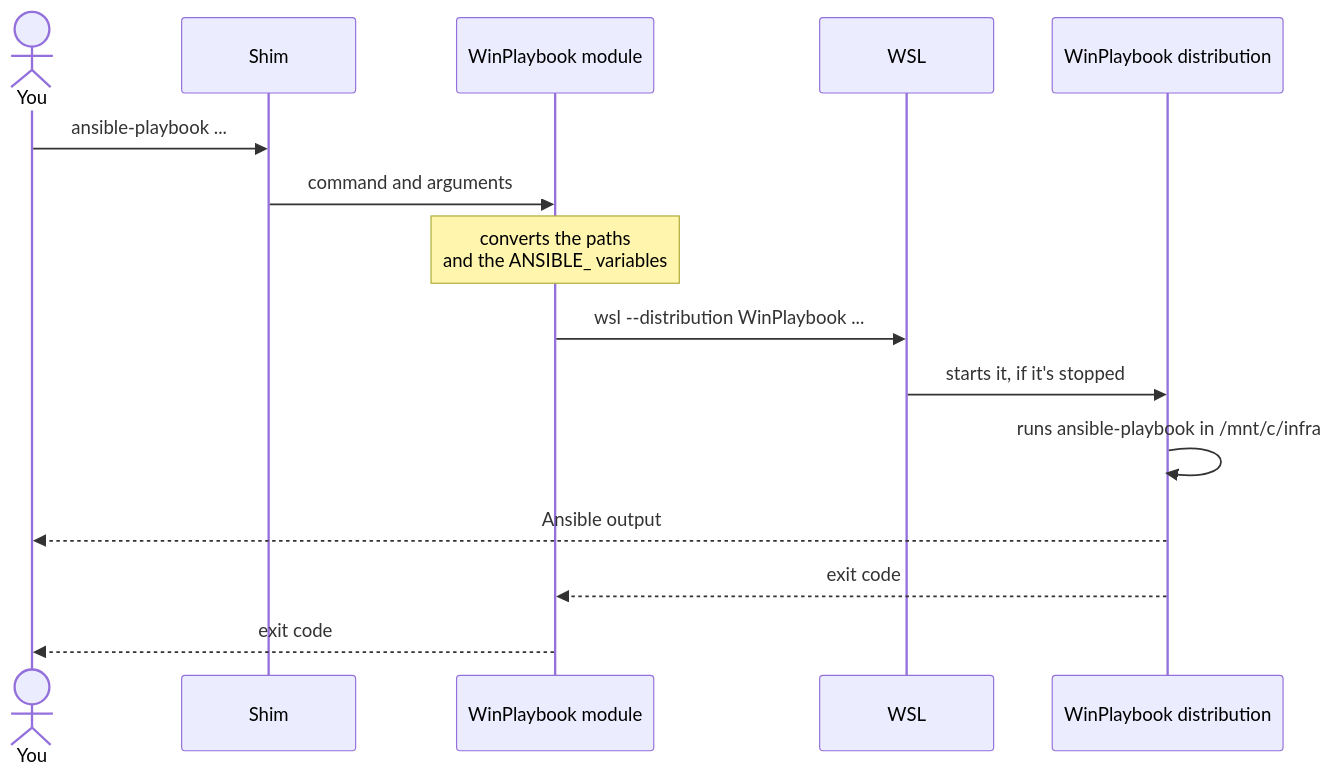
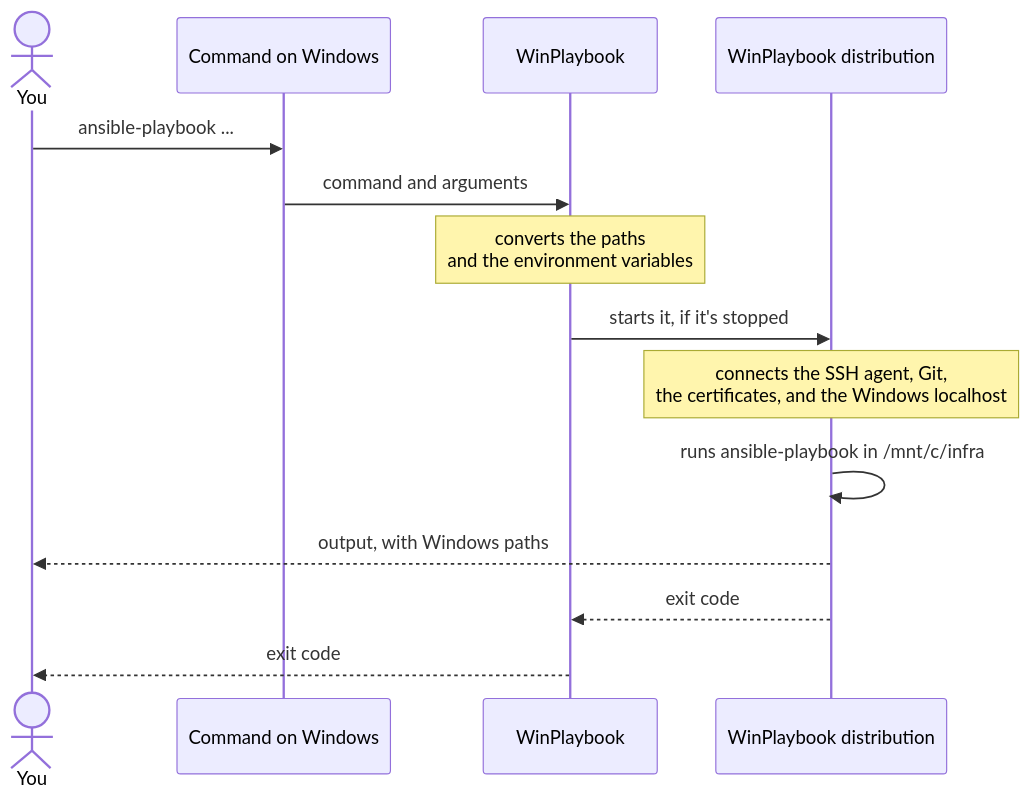
The second of 2 diagrams in docs/en/how-it-works.md (LeonardoSextare/WinPlaybook), drawn with Mermaid before and after one commit. The commit also changed other lines of this file and 81 other files, not shown here.

````diff
--- a/docs/en/how-it-works.md
+++ b/docs/en/how-it-works.md
@@ -163,18 +86,17 @@
 ```mermaid
 sequenceDiagram
     actor user as You
-    participant shim as Shim
-    participant module as WinPlaybook module
-    participant wsl as WSL
+    participant shim as Command on Windows
+    participant module as WinPlaybook
     participant distro as WinPlaybook distribution
 
     user->>shim: ansible-playbook ...
     shim->>module: command and arguments
-    Note over module: converts the paths<br/>and the ANSIBLE_ variables
-    module->>wsl: wsl --distribution WinPlaybook ...
-    wsl->>distro: starts it, if it's stopped
+    Note over module: converts the paths<br/>and the environment variables
+    module->>distro: starts it, if it's stopped
+    Note over distro: connects the SSH agent, Git,<br/>the certificates, and the Windows localhost
     distro->>distro: runs ansible-playbook in /mnt/c/infra
-    distro-->>user: Ansible output
+    distro-->>user: output, with Windows paths
     distro-->>module: exit code
     module-->>user: exit code
 ```
````
